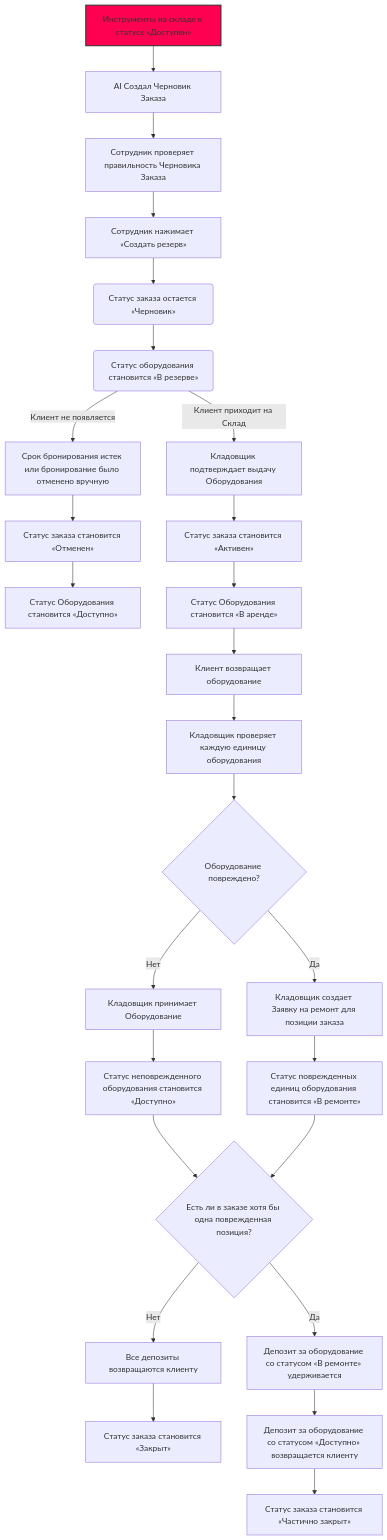
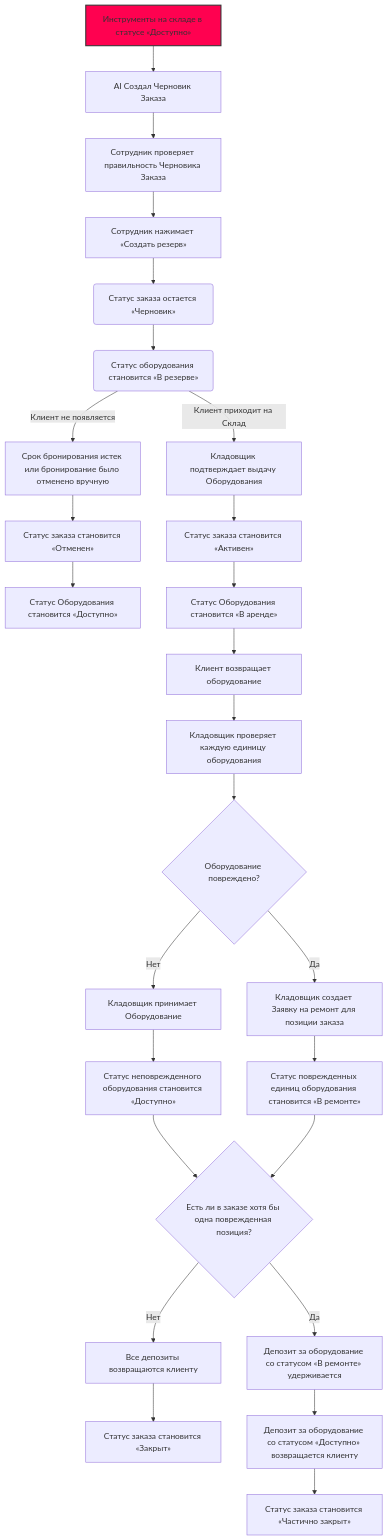
The diagram in flowchart4.md (Diamko94/rentals1), drawn with Mermaid before and after one commit.

````diff
--- a/flowchart4.md
+++ b/flowchart4.md
@@ -1,43 +1,43 @@
 ```mermaid
 flowchart TD
 
  %% Выделение цветом
     style D0 fill:#ff0150,stroke:#333,stroke-width:2px
 
     %% Подтверждение
-    D0[Инструменты на складе в статусе «Доступен»]
+    D0[Инструменты на складе в статусе «Доступно»]
     D0 --> D00[AI Создал Черновик Заказа]
     D00 --> D000[Сотрудник проверяет правильность Черновика Заказа]
 
     D000 --> D1[Сотрудник нажимает «Создать резерв»]
     D1 --> B(Статус заказа остается «Черновик»)
     B --> B1(Статус оборудования становится «В резерве»)
 
 
     %% Выдача
     B1 --> |Клиент приходит на Склад| I[Кладовщик подтверждает выдачу Оборудования]
     B1 --> |Клиент не появляется| E[Срок бронирования истек или бронирование было отменено вручную]
     E --> F[Статус заказа становится «Отменен»]
     I --> J[Статус заказа становится «Активен»]
     F --> C[Статус Оборудования становится «Доступно»]
     J --> X[Статус Оборудования становится «В аренде»]
 
     %% Возврат
     X --> K[Клиент возвращает оборудование]
     K --> L[Кладовщик проверяет каждую единицу оборудования]
     L --> M{Оборудование повреждено?}
     
     M --> |Да| P[Кладовщик создает Заявку на ремонт для позиции заказа]
     P --> R[Статус поврежденных единиц оборудования становится «В ремонте»]
     M --> |Нет| P1[Кладовщик принимает Оборудование]
     P1 --> T[Статус неповрежденного оборудования становится «Доступно»]
 
     %% Расчет
     T --> N{Есть ли в заказе хотя бы одна поврежденная позиция?}
     R --> N
     N --> |Нет| Q[Все депозиты возвращаются клиенту]
     Q --> V[Статус заказа становится «Закрыт»]
     N --> |Да| S[Депозит за оборудование со статусом «В ремонте» удерживается]
     S --> U[Депозит за оборудование со статусом «Доступно» возвращается клиенту]
     U --> W[Статус заказа становится «Частично закрыт»]
 ```
````
